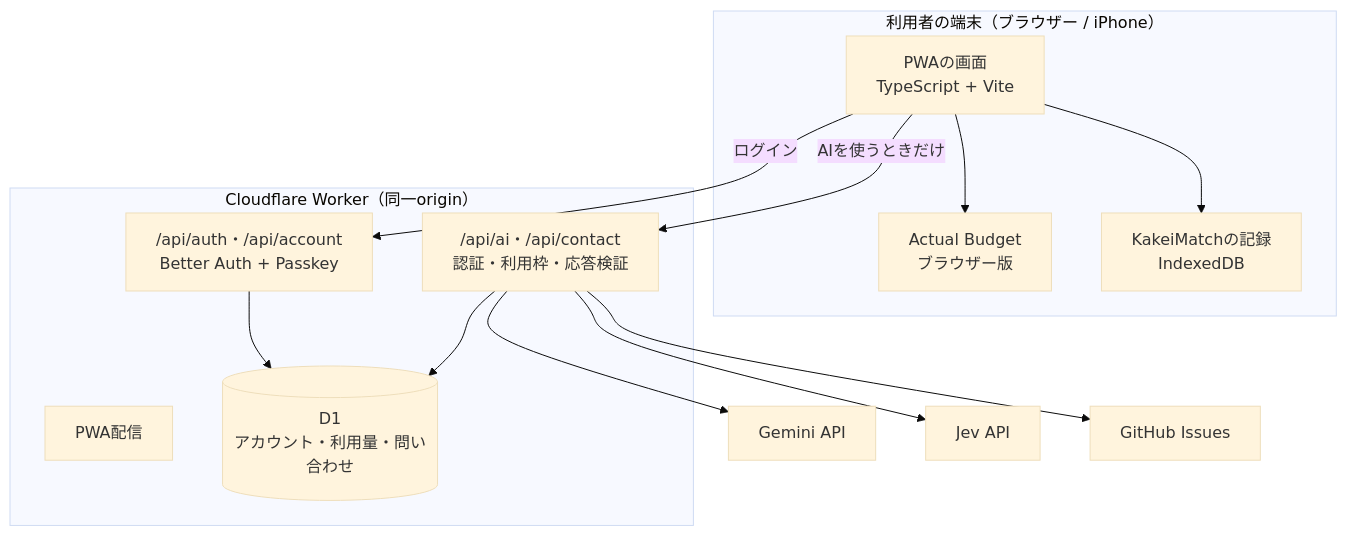
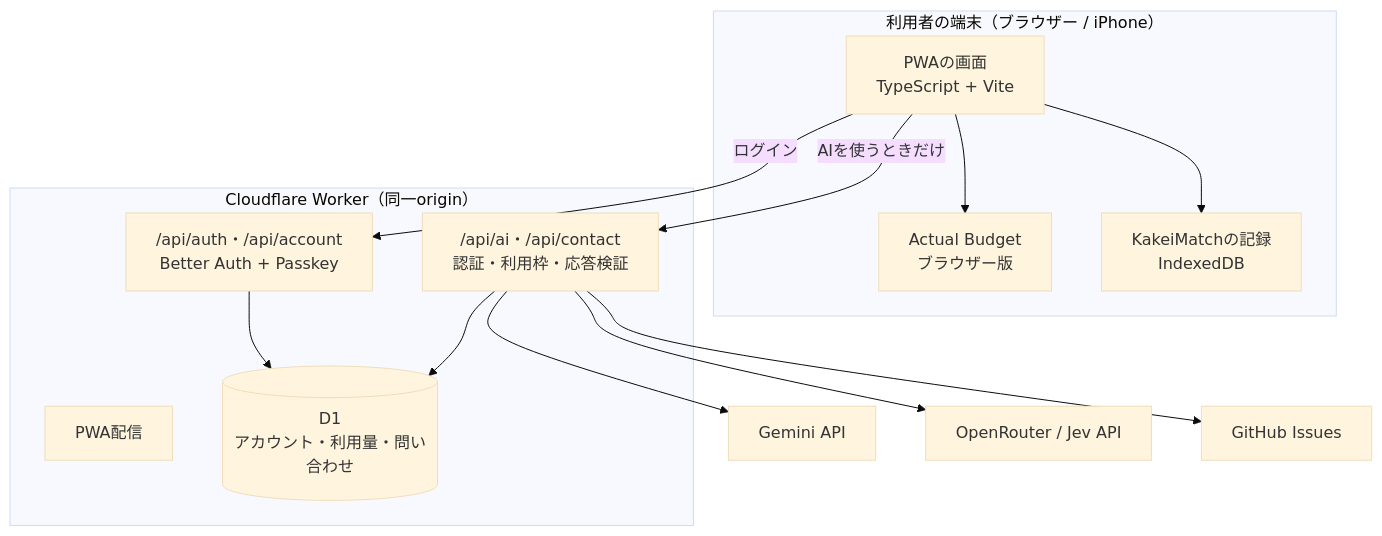
The diagram in README.md (RyoyaYahagi/KakeiMatch), drawn with Mermaid (base theme) before and after one commit. The commit also changed other lines of this file and 14 other files, not shown here.

````diff
--- a/README.md
+++ b/README.md
@@ -110,25 +110,25 @@
 ```mermaid
 flowchart TB
   subgraph Device["利用者の端末（ブラウザー / iPhone）"]
     UI["PWAの画面<br/>TypeScript + Vite"]
     Actual["Actual Budget<br/>ブラウザー版"]
     IDB["KakeiMatchの記録<br/>IndexedDB"]
     UI --> Actual
     UI --> IDB
   end
 
   subgraph CF["Cloudflare Worker（同一origin）"]
     Assets["PWA配信"]
     Auth["/api/auth・/api/account<br/>Better Auth + Passkey"]
     AI["/api/ai・/api/contact<br/>認証・利用枠・応答検証"]
     D1[("D1<br/>アカウント・利用量・問い合わせ")]
     Auth --> D1
     AI --> D1
   end
 
   UI -- "AIを使うときだけ" --> AI
   UI -- "ログイン" --> Auth
   AI --> Gemini["Gemini API"]
-  AI --> Jev["Jev API"]
+  AI --> Jev["OpenRouter / Jev API"]
   AI --> GH["GitHub Issues"]
 ```
````
